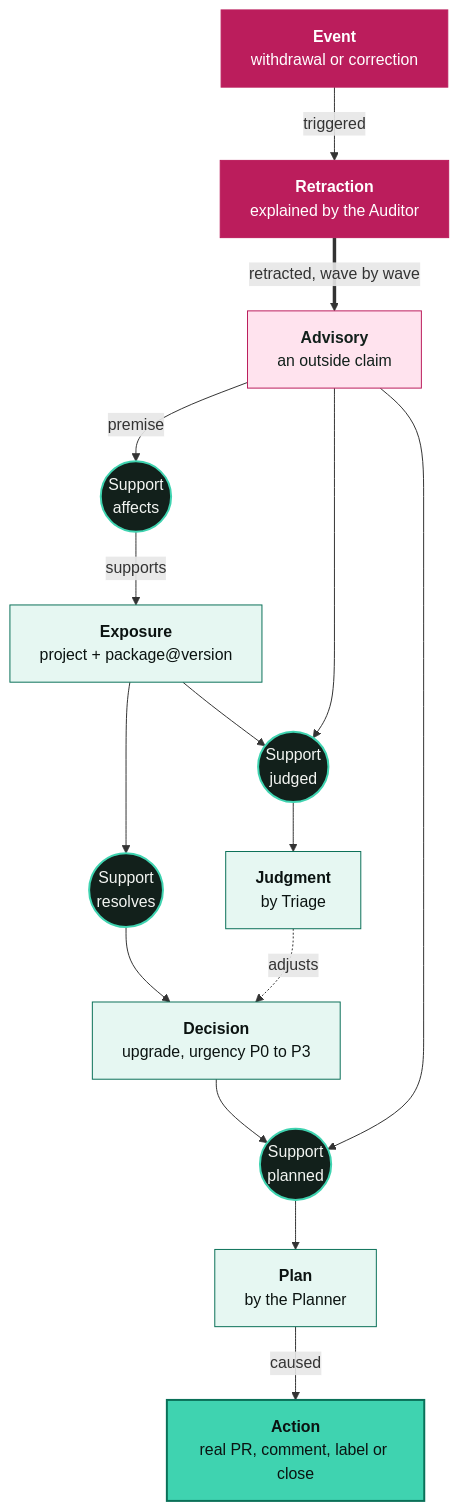
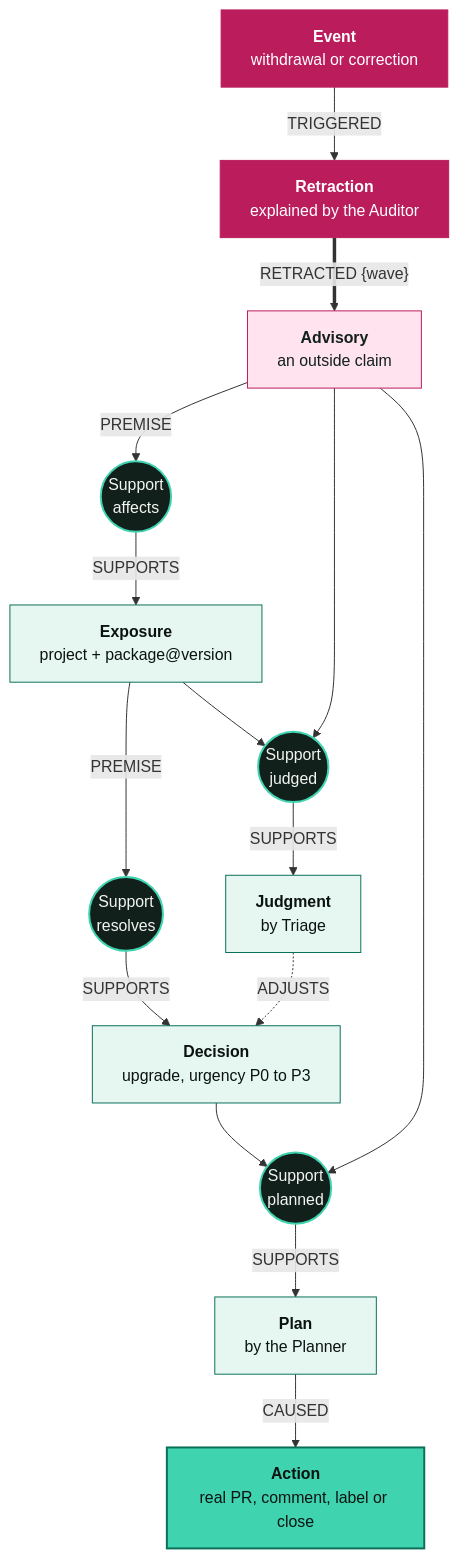
Before and after one commit to Rudransh-1508/retcon: the third of 4 diagrams in README.md, drawn with Mermaid. The commit also changed other lines of this file and 2 other files, not shown here.

Commit message:
README: real example and withdrawal diagrams, screenshots, setup guide, facts from production

````diff
--- a/README.md
+++ b/README.md
@@ -37,29 +188,29 @@
 ```mermaid
 flowchart TB
-  W["<b>Event</b><br/>withdrawal or correction"] -->|triggered| R["<b>Retraction</b><br/>explained by the Auditor"]
-  R ==>|"retracted, wave by wave"| A["<b>Advisory</b><br/>an outside claim"]
+  W["<b>Event</b><br/>withdrawal or correction"] -->|TRIGGERED| R["<b>Retraction</b><br/>explained by the Auditor"]
+  R ==>|"RETRACTED {wave}"| A["<b>Advisory</b><br/>an outside claim"]
 
-  A -->|premise| S1(("Support<br/>affects"))
-  S1 -->|supports| E["<b>Exposure</b><br/>project + package@version"]
-  E --> S2(("Support<br/>resolves"))
-  S2 --> D["<b>Decision</b><br/>upgrade, urgency P0 to P3"]
+  A -->|PREMISE| S1(("Support<br/>affects"))
+  S1 -->|SUPPORTS| E["<b>Exposure</b><br/>project + package@version"]
+  E -->|PREMISE| S2(("Support<br/>resolves"))
+  S2 -->|SUPPORTS| D["<b>Decision</b><br/>upgrade, urgency P0 to P3"]
   A --> S3(("Support<br/>judged"))
   E --> S3
-  S3 --> J["<b>Judgment</b><br/>by Triage"]
-  J -.->|adjusts| D
+  S3 -->|SUPPORTS| J["<b>Judgment</b><br/>by Triage"]
+  J -.->|ADJUSTS| D
   D --> S4(("Support<br/>planned"))
   A --> S4
-  S4 --> P["<b>Plan</b><br/>by the Planner"]
-  P -->|caused| X["<b>Action</b><br/>real PR, comment, label or close"]
+  S4 -->|SUPPORTS| P["<b>Plan</b><br/>by the Planner"]
+  P -->|CAUSED| X["<b>Action</b><br/>real PR, comment, label or close"]
 
   classDef ev fill:#ffe3ee,stroke:#bb1d5c,color:#12201b
   classDef sup fill:#12201b,stroke:#3fd3b0,stroke-width:2px,color:#f3f5f2
   classDef bel fill:#e6f7f2,stroke:#0a7058,color:#0b1311
   classDef act fill:#3fd3b0,stroke:#0a7058,color:#0b1311,stroke-width:2px
   classDef ret fill:#bb1d5c,stroke:#bb1d5c,color:#ffffff
   class A ev
   class S1,S2,S3,S4 sup
   class E,J,D,P bel
   class X act
   class W,R ret
 ```
````
